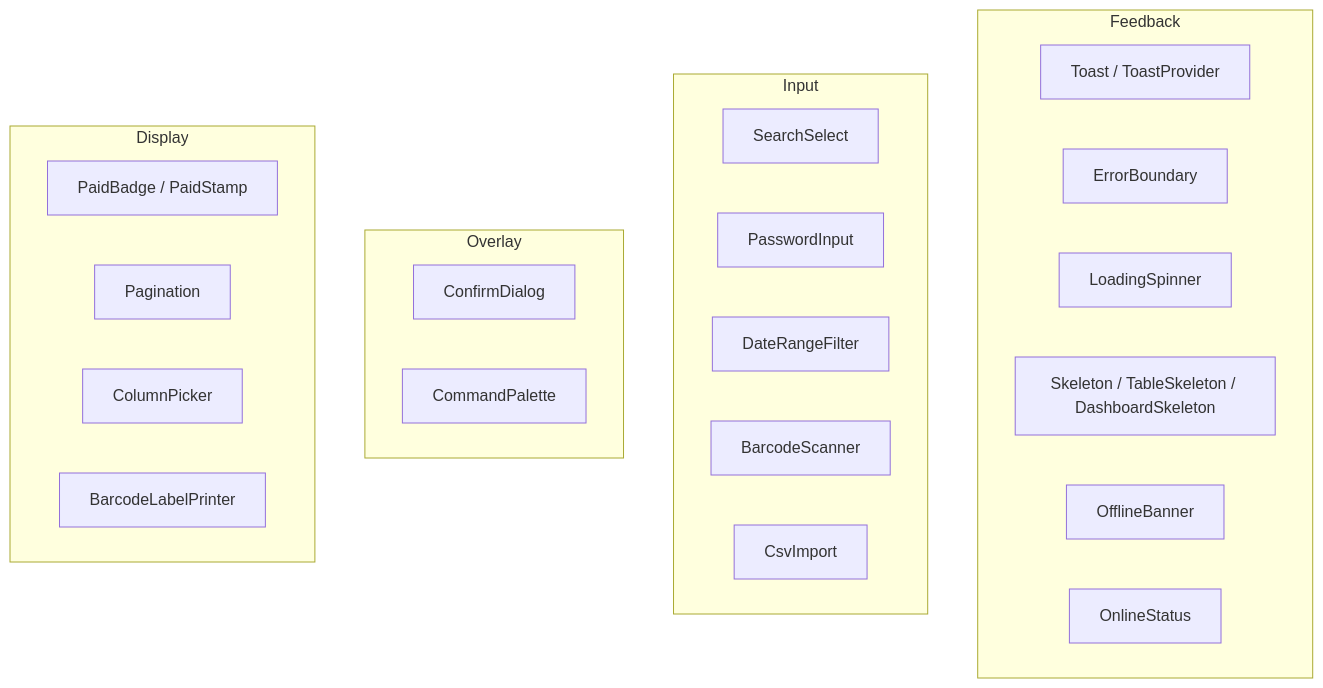
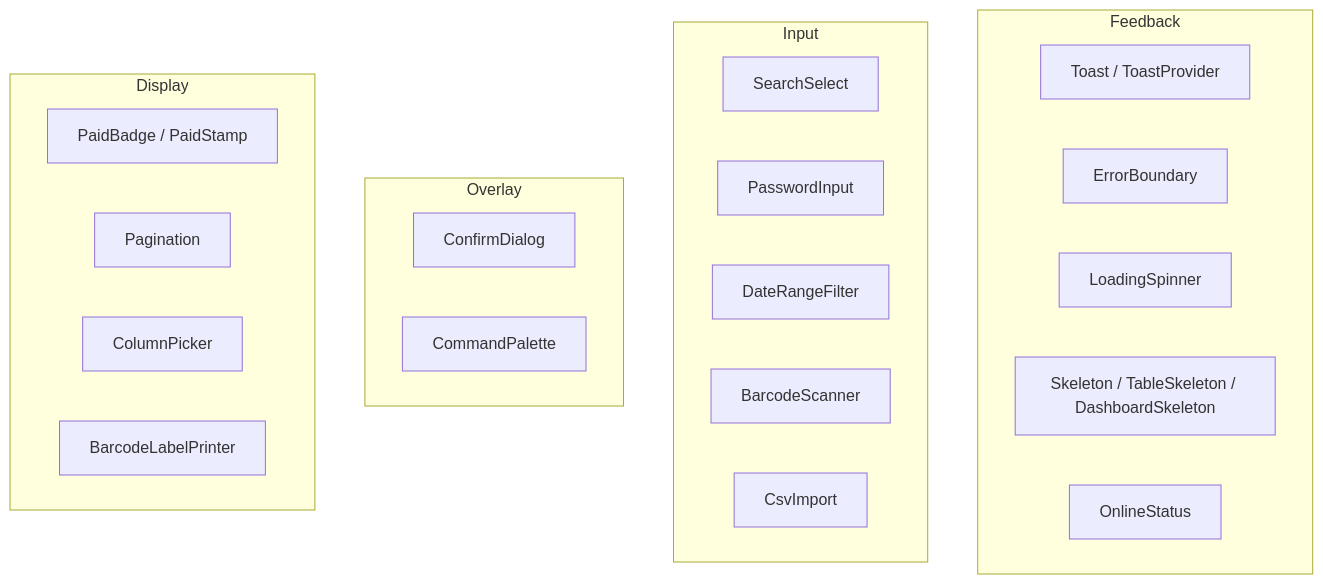
One commit to prathame/DG-ERP changed the diagram in engineering-academy/docs/frontend/ui-kit.md. Above: the diagram before and after it, drawn with Mermaid. The commit also changed other lines of this file and 65 other files, not shown here.

````diff
--- a/engineering-academy/docs/frontend/ui-kit.md
+++ b/engineering-academy/docs/frontend/ui-kit.md
@@ -10,28 +10,27 @@
 ```mermaid
 graph TD
     subgraph "Feedback"
         Toast[Toast / ToastProvider]
         ErrorBoundary[ErrorBoundary]
         LoadingSpinner[LoadingSpinner]
         Skeleton[Skeleton / TableSkeleton / DashboardSkeleton]
-        OfflineBanner[OfflineBanner]
         OnlineStatus[OnlineStatus]
     end
     subgraph "Input"
         SearchSelect[SearchSelect]
         PasswordInput[PasswordInput]
         DateRangeFilter[DateRangeFilter]
         BarcodeScanner[BarcodeScanner]
         CsvImport[CsvImport]
     end
     subgraph "Overlay"
         ConfirmDialog[ConfirmDialog]
         CommandPalette[CommandPalette]
     end
     subgraph "Display"
         PaidBadge[PaidBadge / PaidStamp]
         Pagination[Pagination]
         ColumnPicker[ColumnPicker]
         BarcodeLabelPrinter[BarcodeLabelPrinter]
     end
 ```
````
